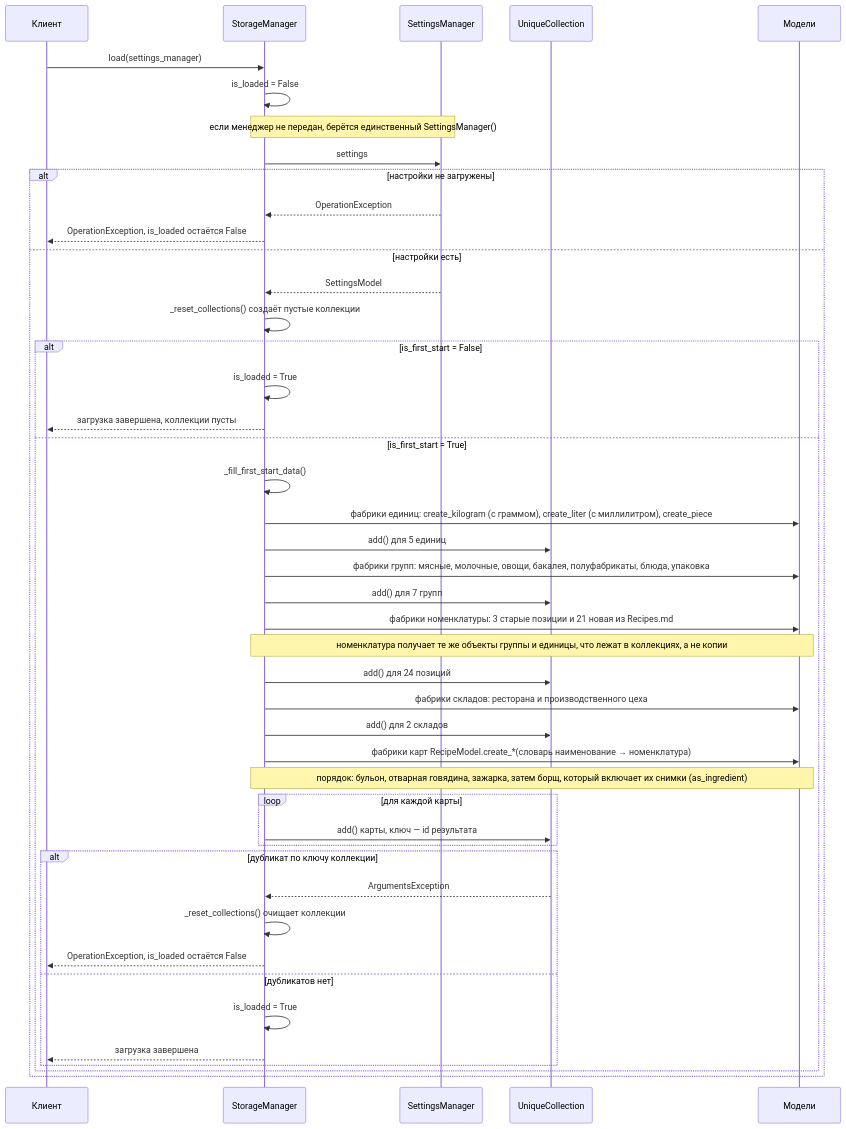
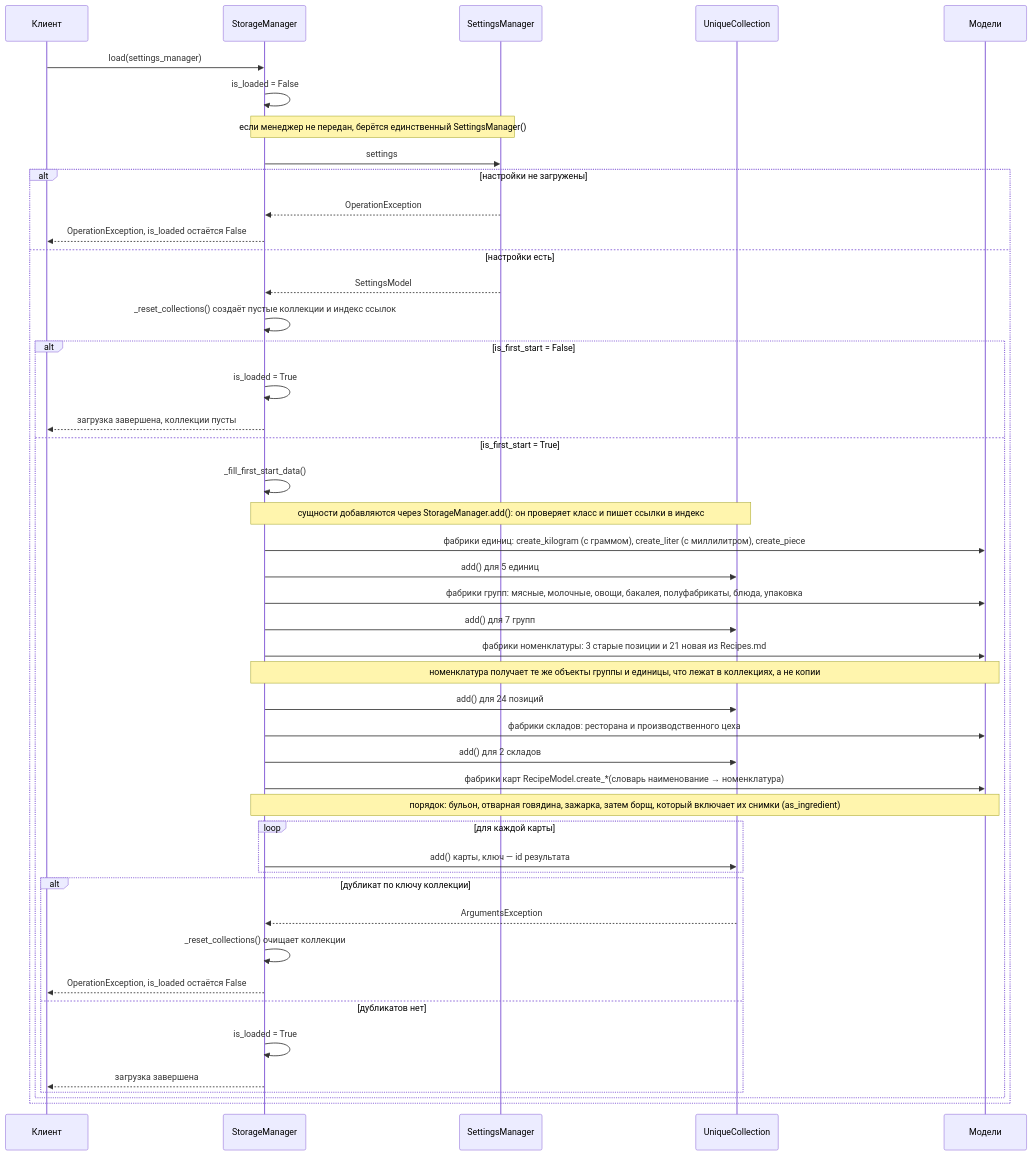
The third of 4 diagrams in Docs/SequenceDiagram.md (asutenshi/design-patterns), drawn with Mermaid before and after one commit. The commit also changed other lines of this file and 4 other files, not shown here.

````diff
--- a/Docs/SequenceDiagram.md
+++ b/Docs/SequenceDiagram.md
@@ -93,48 +93,49 @@
 ```mermaid
 sequenceDiagram
     participant K as Клиент
     participant St as StorageManager
     participant Se as SettingsManager
     participant C as UniqueCollection
     participant M as Модели
 
     K->>St: load(settings_manager)
     St->>St: is_loaded = False
     Note over St,Se: если менеджер не передан, берётся единственный SettingsManager()
     St->>Se: settings
     alt настройки не загружены
         Se-->>St: OperationException
         St-->>K: OperationException, is_loaded остаётся False
     else настройки есть
         Se-->>St: SettingsModel
-        St->>St: _reset_collections() создаёт пустые коллекции
+        St->>St: _reset_collections() создаёт пустые коллекции и индекс ссылок
         alt is_first_start = False
             St->>St: is_loaded = True
             St-->>K: загрузка завершена, коллекции пусты
         else is_first_start = True
             St->>St: _fill_first_start_data()
+            Note over St,C: сущности добавляются через StorageManager.add(): он проверяет класс и пишет ссылки в индекс
             St->>M: фабрики единиц: create_kilogram (с граммом), create_liter (с миллилитром), create_piece
             St->>C: add() для 5 единиц
             St->>M: фабрики групп: мясные, молочные, овощи, бакалея, полуфабрикаты, блюда, упаковка
             St->>C: add() для 7 групп
             St->>M: фабрики номенклатуры: 3 старые позиции и 21 новая из Recipes.md
             Note over St,M: номенклатура получает те же объекты группы и единицы, что лежат в коллекциях, а не копии
             St->>C: add() для 24 позиций
             St->>M: фабрики складов: ресторана и производственного цеха
             St->>C: add() для 2 складов
             St->>M: фабрики карт RecipeModel.create_*(словарь наименование → номенклатура)
             Note over St,M: порядок: бульон, отварная говядина, зажарка, затем борщ, который включает их снимки (as_ingredient)
             loop для каждой карты
                 St->>C: add() карты, ключ — id результата
             end
             alt дубликат по ключу коллекции
                 C-->>St: ArgumentsException
                 St->>St: _reset_collections() очищает коллекции
                 St-->>K: OperationException, is_loaded остаётся False
             else дубликатов нет
                 St->>St: is_loaded = True
                 St-->>K: загрузка завершена
             end
         end
     end
 ```
````
